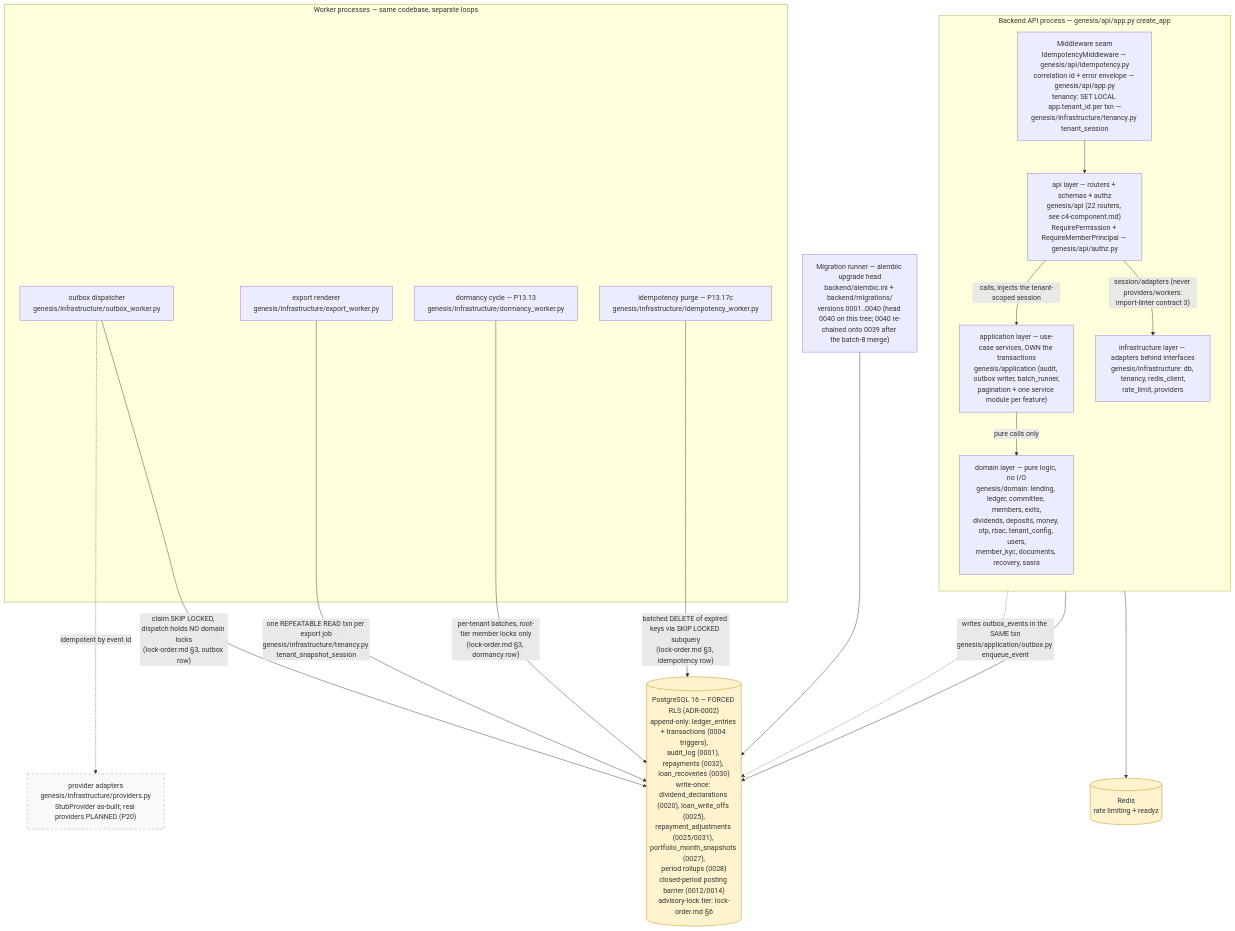
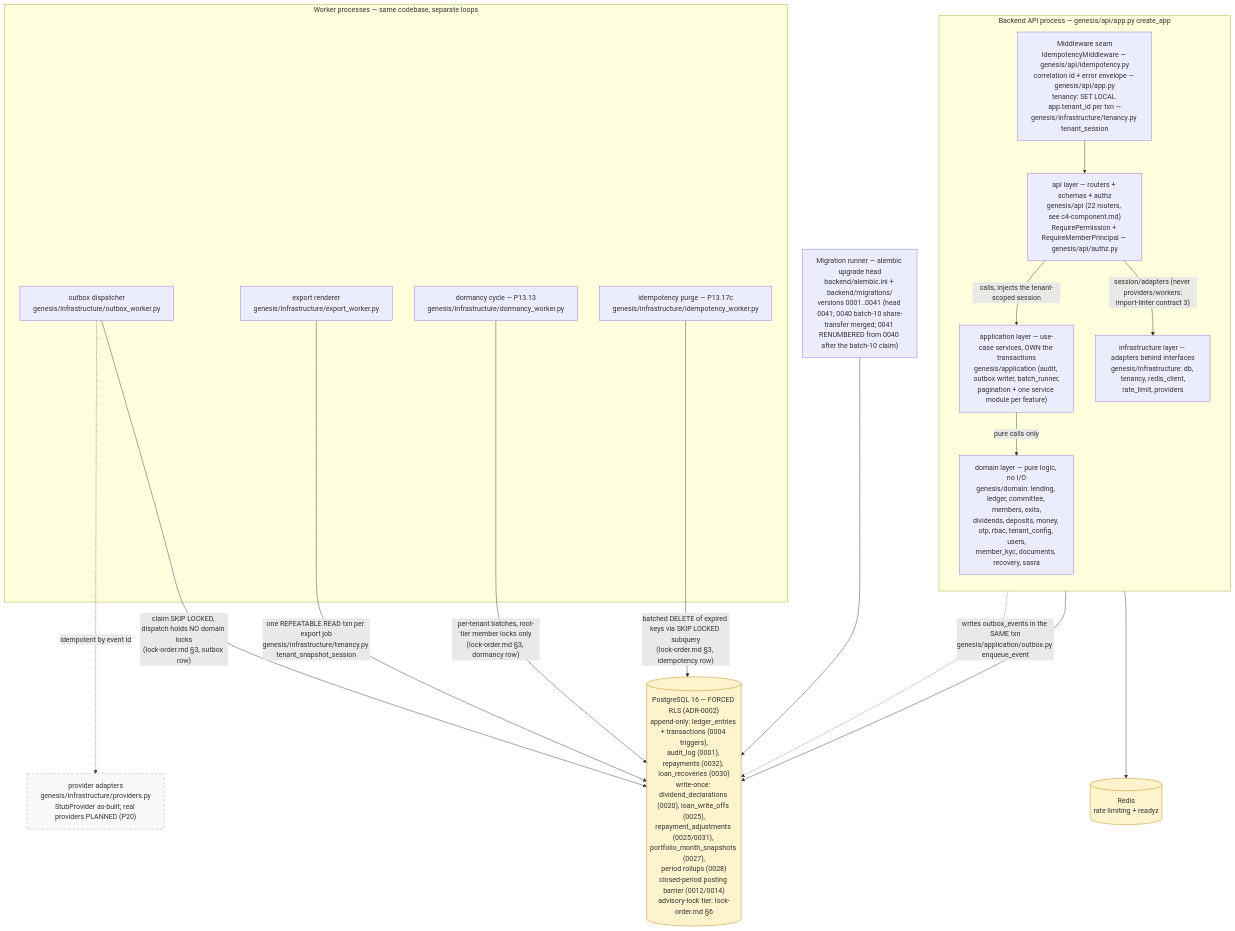
The diagram in docs/diagrams/c4-container.md (Benson-Kim/genesis-sacco), drawn with Mermaid before and after one commit. The commit also changed other lines of this file and 13 other files, not shown here.

````diff
--- a/docs/diagrams/c4-container.md
+++ b/docs/diagrams/c4-container.md
@@ -50,45 +57,45 @@
 ```mermaid
 flowchart TB
     %% Authored against main @ 08541b860f1445b16c342c39b6606d86b9dbeb17
     %% L2 containers — layering per backend/pyproject.toml [tool.importlinter].
 
     subgraph BE["Backend API process — genesis/api/app.py create_app"]
         direction TB
         MW["Middleware seam<br/>IdempotencyMiddleware — genesis/api/idempotency.py<br/>correlation id + error envelope — genesis/api/app.py<br/>tenancy: SET LOCAL app.tenant_id per txn —<br/>genesis/infrastructure/tenancy.py tenant_session"]
         APIL["api layer — routers + schemas + authz<br/>genesis/api (22 routers, see c4-component.md)<br/>RequirePermission + RequireMemberPrincipal — genesis/api/authz.py"]
         APPL["application layer — use-case services, OWN the transactions<br/>genesis/application (audit, outbox writer, batch_runner,<br/>pagination + one service module per feature)"]
         DOM["domain layer — pure logic, no I/O<br/>genesis/domain: lending, ledger, committee, members, exits,<br/>dividends, deposits, money, otp, rbac, tenant_config, users,<br/>member_kyc, documents, recovery, sasra"]
         INF["infrastructure layer — adapters behind interfaces<br/>genesis/infrastructure: db, tenancy, redis_client,<br/>rate_limit, providers"]
         MW --> APIL
         APIL -->|"calls, injects the tenant-scoped session"| APPL
         APPL -->|"pure calls only"| DOM
         APIL -->|"session/adapters (never providers/workers:<br/>import-linter contract 3)"| INF
     end
 
     subgraph WK["Worker processes — same codebase, separate loops"]
         OBW["outbox dispatcher<br/>genesis/infrastructure/outbox_worker.py"]
         EXW["export renderer<br/>genesis/infrastructure/export_worker.py"]
         DMW["dormancy cycle — P13.13<br/>genesis/infrastructure/dormancy_worker.py"]
         IDW["idempotency purge — P13.17c<br/>genesis/infrastructure/idempotency_worker.py"]
     end
 
-    MIG["Migration runner — alembic upgrade head<br/>backend/alembic.ini + backend/migrations/<br/>versions 0001..0040 (head 0040 on this tree; 0040 re-chained onto 0039 after the batch-8 merge)"]
+    MIG["Migration runner — alembic upgrade head<br/>backend/alembic.ini + backend/migrations/<br/>versions 0001..0041 (head 0041; 0040 batch-10 share-transfer merged; 0041 RENUMBERED from 0040 after the batch-10 claim)"]
 
     PG[("PostgreSQL 16 — FORCED RLS (ADR-0002)<br/>append-only: ledger_entries + transactions (0004 triggers),<br/>audit_log (0001), repayments (0032), loan_recoveries (0030)<br/>write-once: dividend_declarations (0020), loan_write_offs (0025),<br/>repayment_adjustments (0025/0031), portfolio_month_snapshots (0027),<br/>period rollups (0028)<br/>closed-period posting barrier (0012/0014)<br/>advisory-lock tier: lock-order.md §6")]
     RD[("Redis<br/>rate limiting + readyz")]
 
     APPL -.->|"writes outbox_events in the SAME txn<br/>genesis/application/outbox.py enqueue_event"| PG
     INF --> PG
     INF --> RD
     OBW -->|"claim SKIP LOCKED, dispatch holds NO domain locks<br/>(lock-order.md §3, outbox row)"| PG
     EXW -->|"one REPEATABLE READ txn per export job<br/>genesis/infrastructure/tenancy.py tenant_snapshot_session"| PG
     DMW -->|"per-tenant batches, root-tier member locks only<br/>(lock-order.md §3, dormancy row)"| PG
     IDW -->|"batched DELETE of expired keys via SKIP LOCKED subquery<br/>(lock-order.md §3, idempotency row)"| PG
     OBW -.->|"idempotent by event id"| PROV["provider adapters<br/>genesis/infrastructure/providers.py<br/>StubProvider as-built; real providers PLANNED (P20)"]
     MIG --> PG
 
     classDef store fill:#fff3cd,stroke:#b8860b;
     class PG,RD store;
     classDef planned fill:#f8f9fa,stroke:#999,stroke-dasharray: 5 5;
     class PROV planned;
 ```
````
